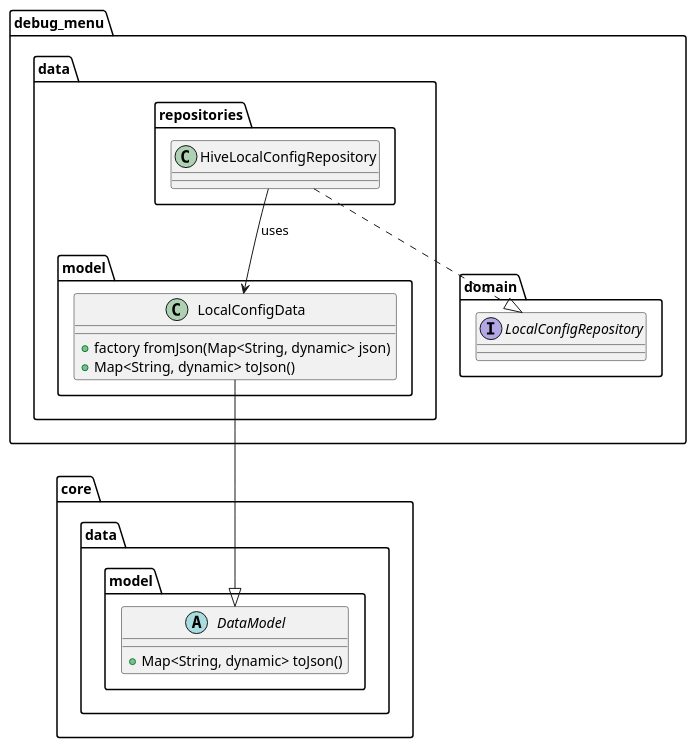
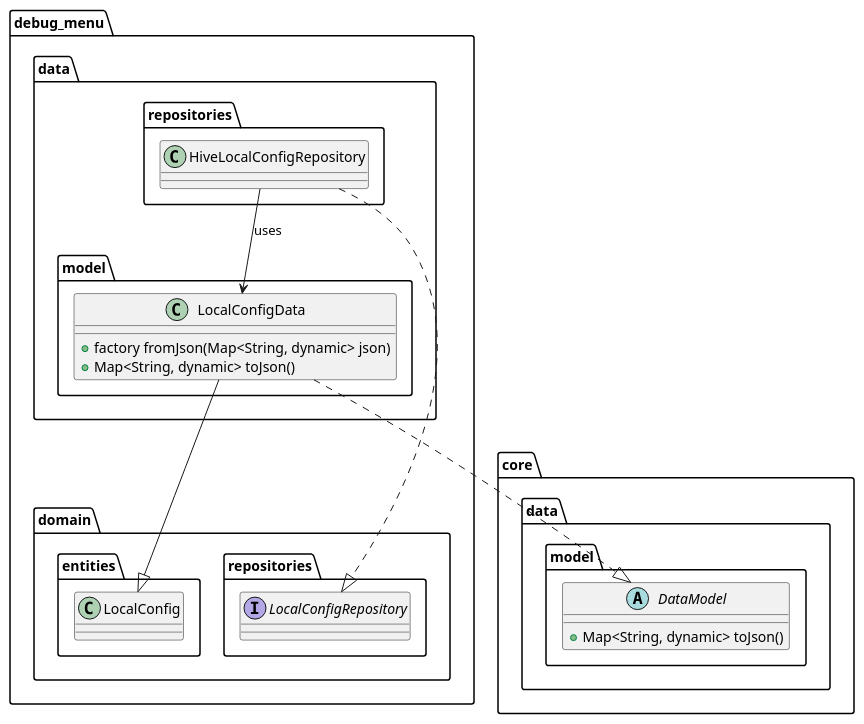
One commit to Flank/flank-dashboard changed the diagram in metrics/web/docs/features/debug_menu/diagrams/debug_menu_data_layer_class_diagram.puml. Above: the diagram before and after it, drawn with PlantUML. The commit also changed 5 other files, not shown here.

Commit message:
Update diagrams and documentation

```diff
--- a/metrics/web/docs/features/debug_menu/diagrams/debug_menu_data_layer_class_diagram.puml
+++ b/metrics/web/docs/features/debug_menu/diagrams/debug_menu_data_layer_class_diagram.puml
@@ -1,33 +1,39 @@
 @startuml debug_menu_data_layer_class_diagram
 
 package debug_menu {
         package data {
             package repositories {
                 class HiveLocalConfigRepository {}
             }
 
             package model {
                 class LocalConfigData {
                     + factory fromJson(Map<String, dynamic> json)
                     + Map<String, dynamic> toJson()
                 }
             }
         }
 
-        package domain {
+        package domain.repositories {
             interface LocalConfigRepository {}
         }
+
+        package domain.entities {
+            class LocalConfig {}
+        }
+
 }
 
 package core.data.model {
     abstract class DataModel {
         + Map<String, dynamic> toJson()
     }
 }
 
 HiveLocalConfigRepository --> LocalConfigData : uses
 HiveLocalConfigRepository ..|> LocalConfigRepository
 
-LocalConfigData --|> DataModel
+LocalConfigData ..|> DataModel
+LocalConfigData --|> LocalConfig
 
 @enduml
```
